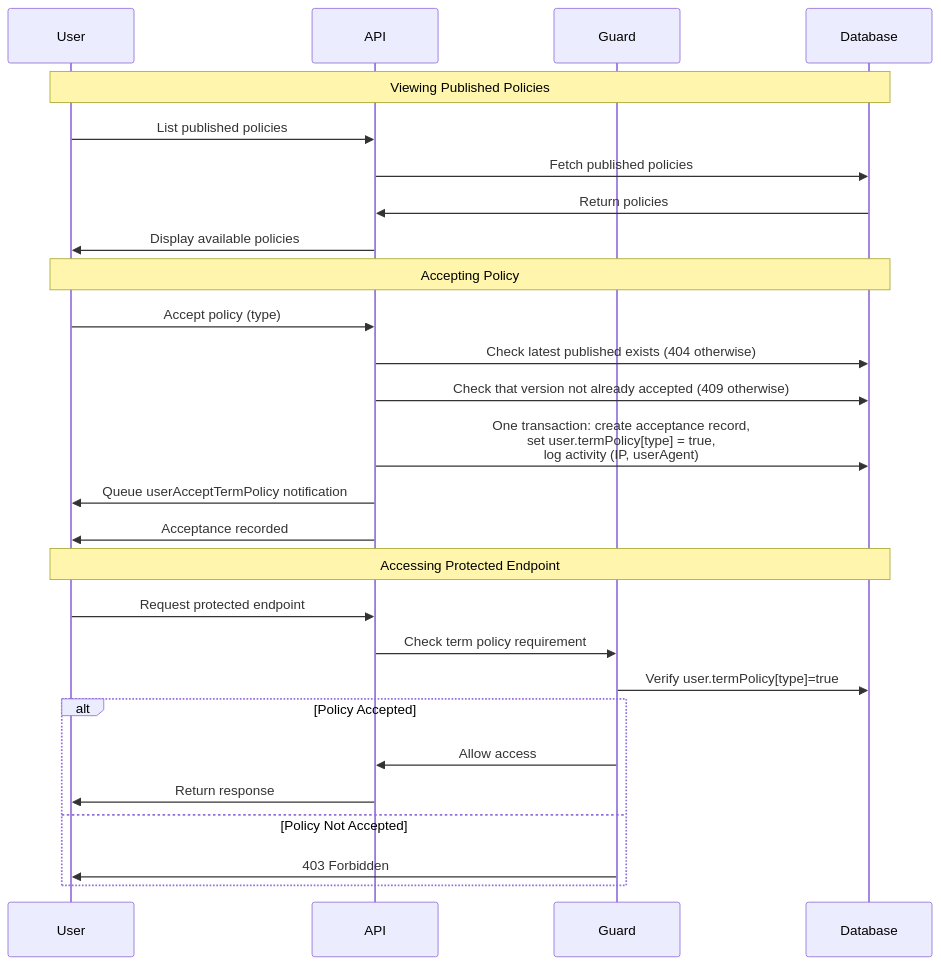
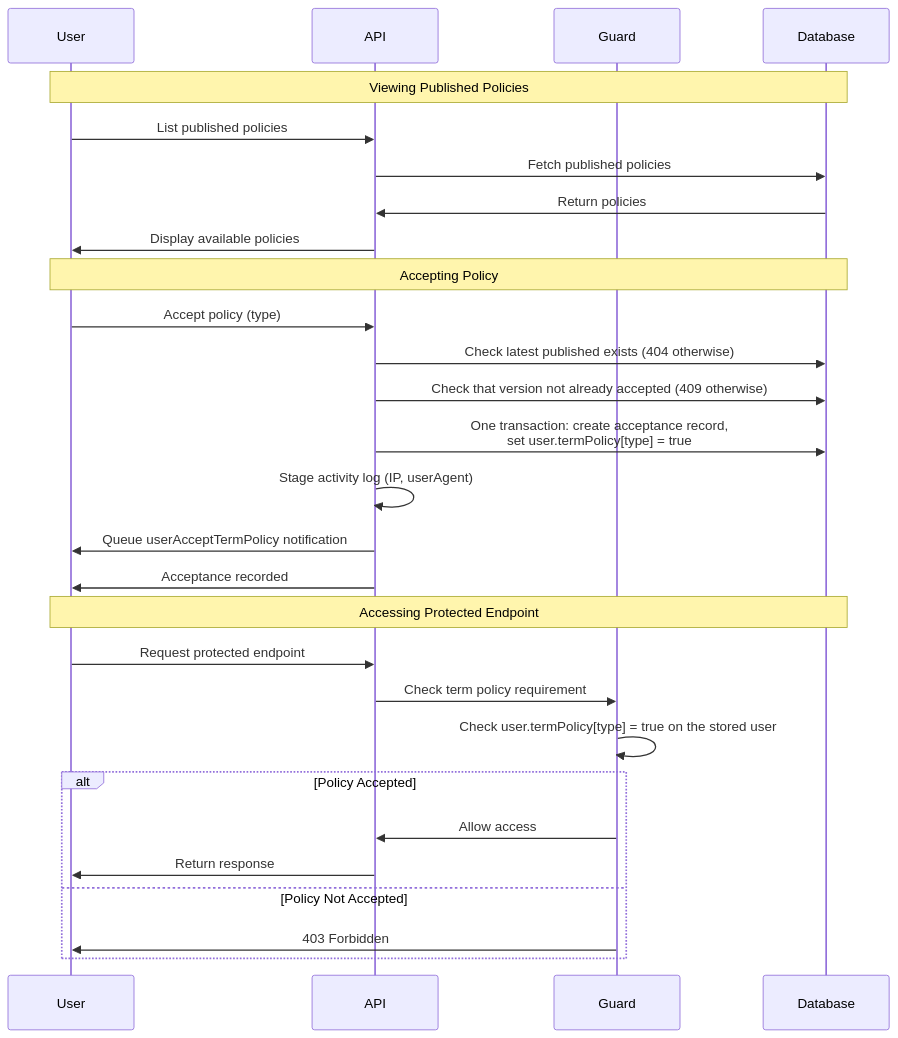
One commit to andrechristikan/ack-nestjs-boilerplate changed the second of 3 diagrams in docs/term-policy.md. Above: the diagram before and after it, drawn with Mermaid. The commit also changed other lines of this file and 1193 other files, not shown here.

````diff
--- a/docs/term-policy.md
+++ b/docs/term-policy.md
@@ -130,35 +132,36 @@
 ```mermaid
 sequenceDiagram
     participant User
     participant API
     participant Guard
     participant Database
 
     Note over User,Database: Viewing Published Policies
     
     User->>API: List published policies
     API->>Database: Fetch published policies
     Database->>API: Return policies
     API->>User: Display available policies
     
     Note over User,Database: Accepting Policy
     
     User->>API: Accept policy (type)
     API->>Database: Check latest published exists (404 otherwise)
     API->>Database: Check that version not already accepted (409 otherwise)
-    API->>Database: One transaction: create acceptance record,<br/>set user.termPolicy[type] = true,<br/>log activity (IP, userAgent)
+    API->>Database: One transaction: create acceptance record,<br/>set user.termPolicy[type] = true
+    API->>API: Stage activity log (IP, userAgent)
     API->>User: Queue userAcceptTermPolicy notification
     API->>User: Acceptance recorded
     
     Note over User,Database: Accessing Protected Endpoint
     
     User->>API: Request protected endpoint
     API->>Guard: Check term policy requirement
-    Guard->>Database: Verify user.termPolicy[type]=true
+    Guard->>Guard: Check user.termPolicy[type] = true on the stored user
     alt Policy Accepted
         Guard->>API: Allow access
         API->>User: Return response
     else Policy Not Accepted
         Guard->>User: 403 Forbidden
     end
 ```
````
